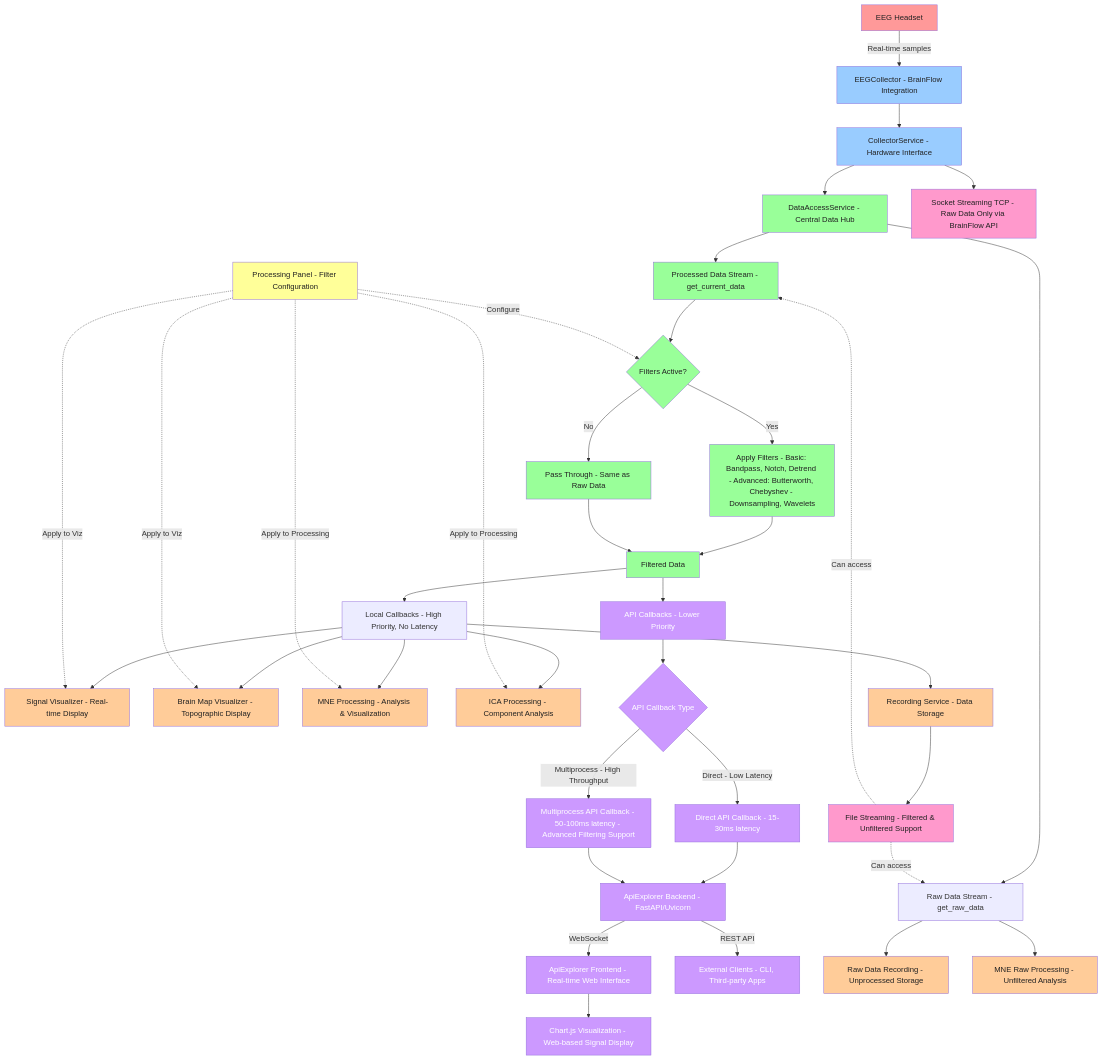
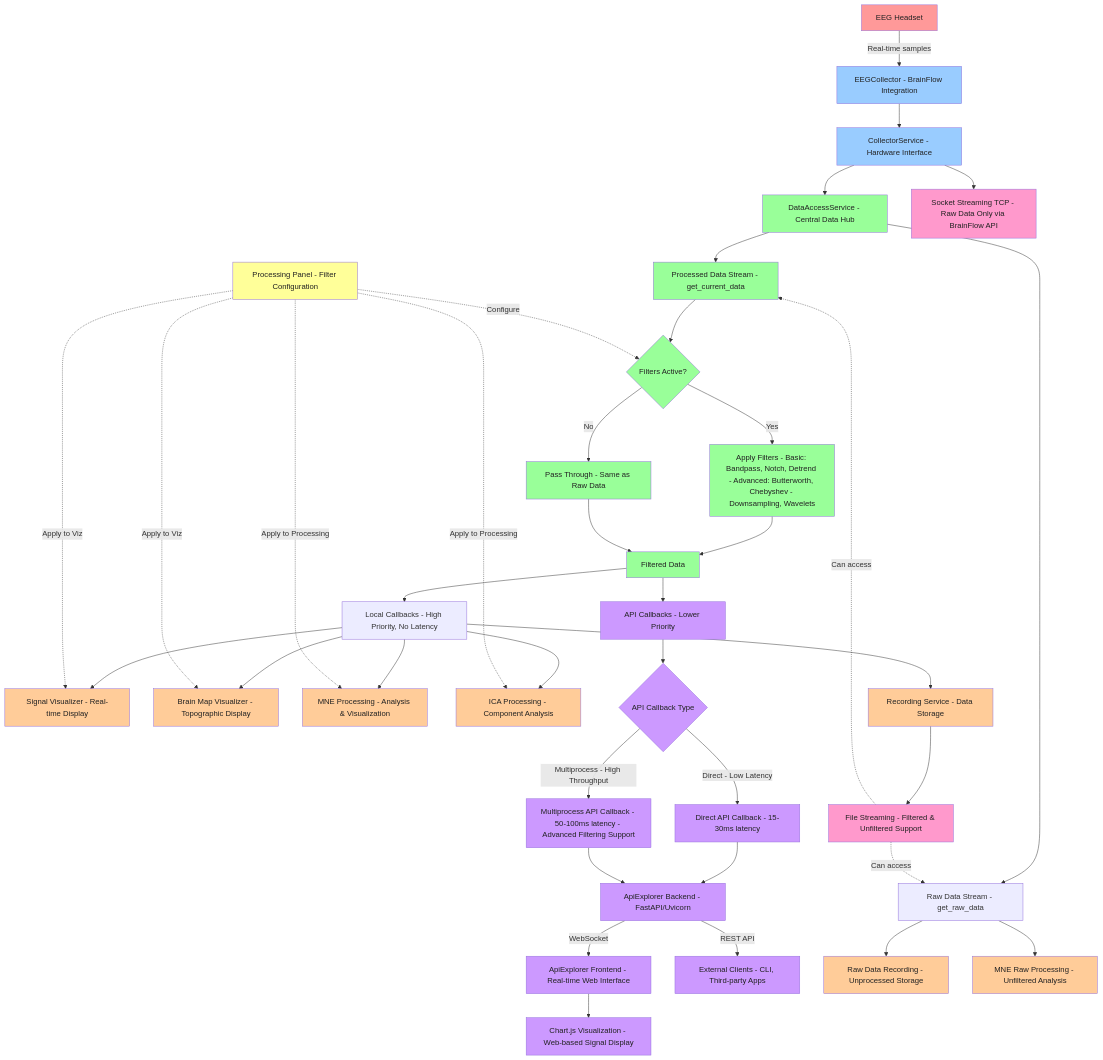
Before and after one commit to PabloSoage/NeuroSync-Framework: the diagram in Diagrams/EegProcessor/final_diagrams/samples_flowchart_with_streamers.md, drawn with Mermaid. The commit also changed 10 other files, not shown here.

Commit message:
Flowchart colors fix

```diff
--- a/Diagrams/EegProcessor/final_diagrams/samples_flowchart_with_streamers.md
+++ b/Diagrams/EegProcessor/final_diagrams/samples_flowchart_with_streamers.md
@@ -69,7 +69,7 @@
     classDef collection fill:#99ccff,color:#222;
     classDef processing fill:#99ff99,color:#222;
     classDef consumers fill:#ffcc99,color:#222;
-    classDef api fill:#cc99ff,color:#fff;
+    classDef api fill:#cc99ff,color:#222;
     classDef config fill:#ffff99,color:#222;
     classDef streaming fill:#ff99cc,color:#222;
     
```
